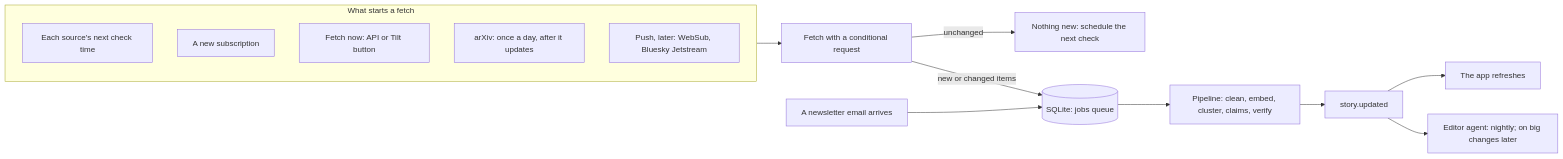
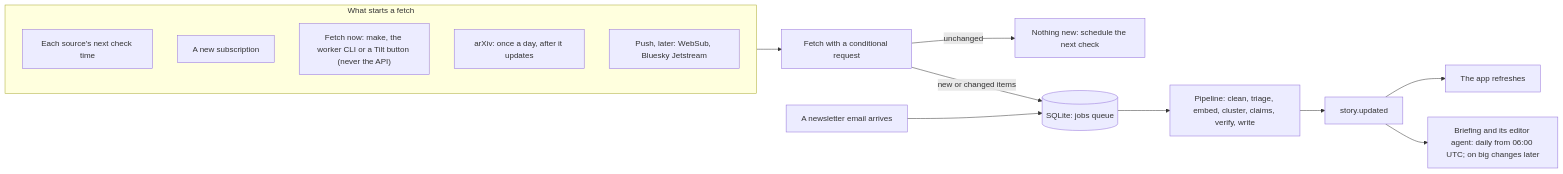
The fourth of 8 diagrams in docs/architecture.md (ThivaV/OSMS), drawn with Mermaid before and after one commit. The commit also changed other lines of this file and 23 other files, not shown here.

````diff
--- a/docs/architecture.md
+++ b/docs/architecture.md
@@ -198,28 +198,28 @@
 ```mermaid
 flowchart LR
     subgraph triggers["What starts a fetch"]
         timer["Each source's next check time"]
         sub["A new subscription"]
-        now["Fetch now: API or Tilt button"]
+        now["Fetch now: make, the worker CLI or a Tilt button (never the API)"]
         daily["arXiv: once a day, after it updates"]
         push["Push, later: WebSub, Bluesky Jetstream"]
     end
 
     mailin["A newsletter email arrives"]
     check["Fetch with a conditional request"]
     same["Nothing new: schedule the next check"]
     jobs[("SQLite: jobs queue")]
-    pipe["Pipeline: clean, embed, cluster, claims, verify"]
+    pipe["Pipeline: clean, triage, embed, cluster, claims, verify, write"]
     updated["story.updated"]
     appview["The app refreshes"]
-    editor["Editor agent: nightly; on big changes later"]
+    editor["Briefing and its editor agent: daily from 06:00 UTC; on big changes later"]
 
     triggers --> check
     check -->|"unchanged"| same
     check -->|"new or changed items"| jobs
     mailin --> jobs
     jobs --> pipe
     pipe --> updated
     updated --> appview
     updated --> editor
 ```
````
